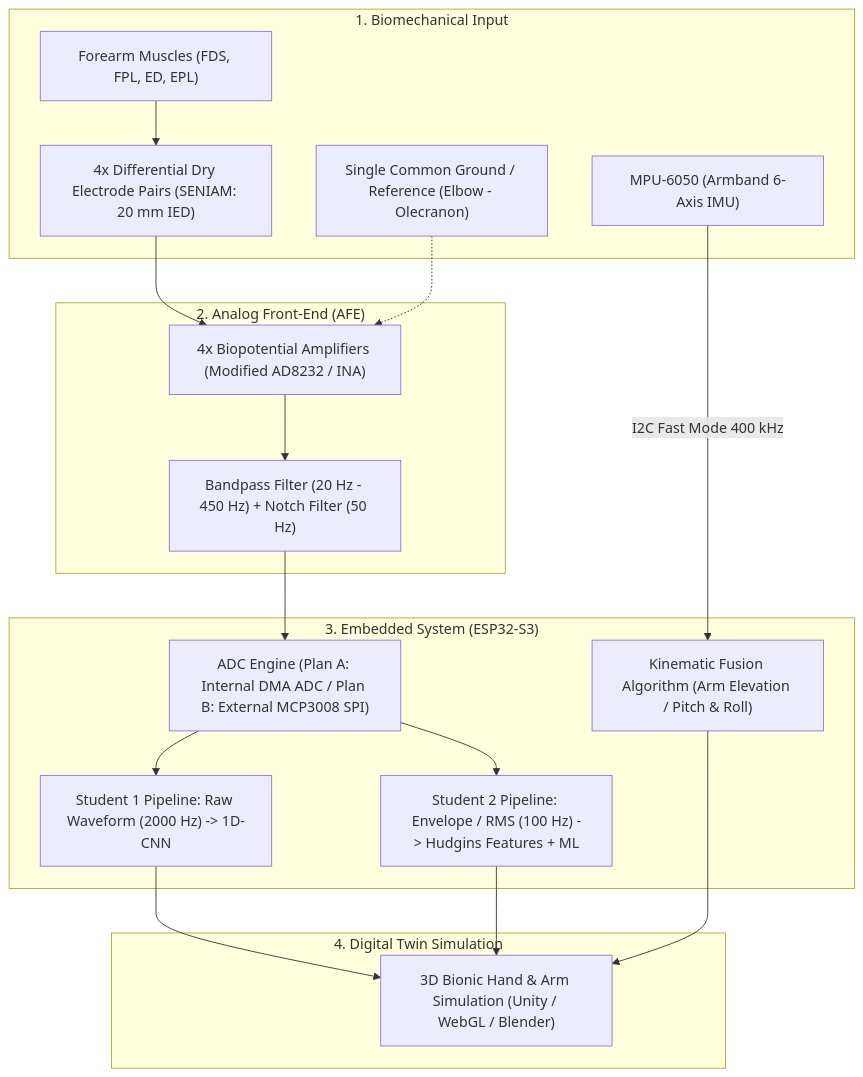
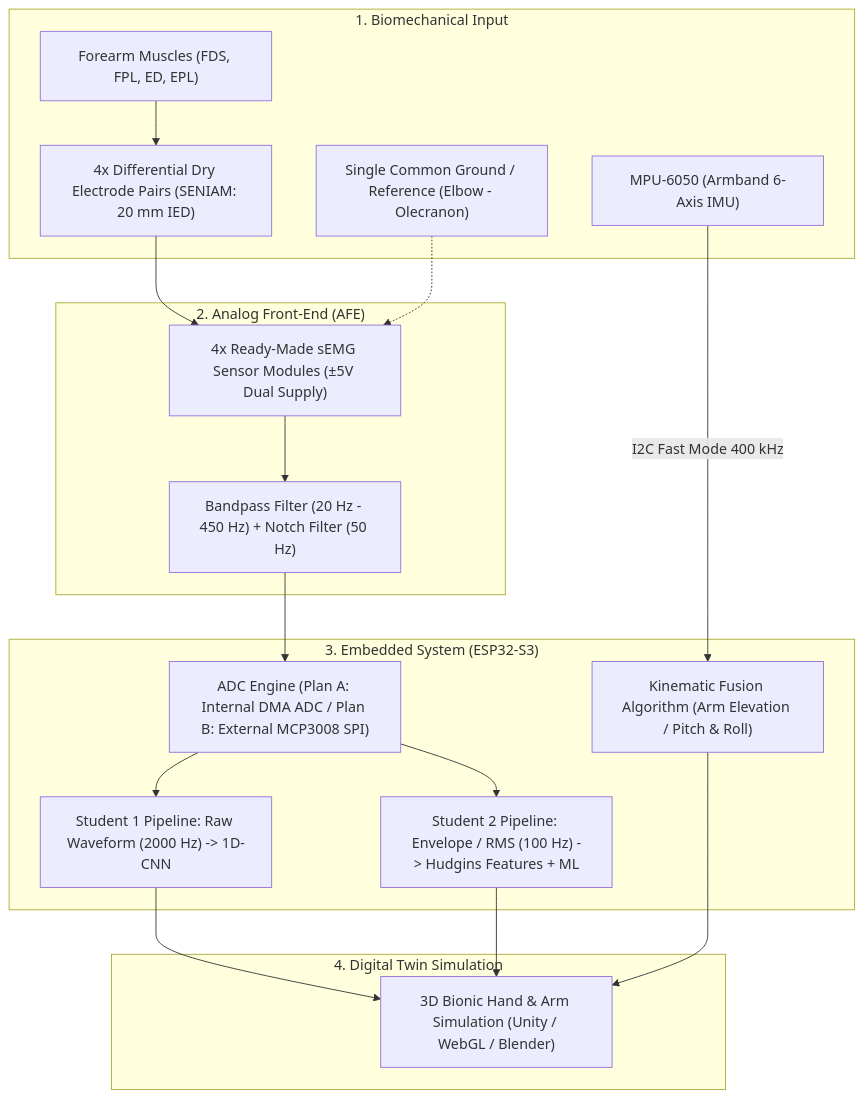
The diagram in README.md (nziyak/nuada-bionic-hand-tinyml), drawn with Mermaid before and after one commit. The commit also changed other lines of this file and 5 other files, not shown here.

First line of the commit message:
docs: switch to ready-made ±5V sEMG sensors and add ESP32 input protection

````diff
--- a/README.md
+++ b/README.md
@@ -35,37 +35,37 @@
 ```mermaid
 graph TD
     subgraph INPUT_STAGE ["1. Biomechanical Input"]
         MUSCLE["Forearm Muscles (FDS, FPL, ED, EPL)"]
         DRY["4x Differential Dry Electrode Pairs (SENIAM: 20 mm IED)"]
         REF["Single Common Ground / Reference (Elbow - Olecranon)"]
         IMU_CHIP["MPU-6050 (Armband 6-Axis IMU)"]
     end
 
     subgraph AFE_STAGE ["2. Analog Front-End (AFE)"]
-        AMP["4x Biopotential Amplifiers (Modified AD8232 / INA)"]
+        AMP["4x Ready-Made sEMG Sensor Modules (±5V Dual Supply)"]
         FILTER["Bandpass Filter (20 Hz - 450 Hz) + Notch Filter (50 Hz)"]
     end
 
     subgraph MCU_STAGE ["3. Embedded System (ESP32-S3)"]
         ADC_ENGINE["ADC Engine (Plan A: Internal DMA ADC / Plan B: External MCP3008 SPI)"]
         RAW_PIPE["Student 1 Pipeline: Raw Waveform (2000 Hz) -> 1D-CNN"]
         DSP_PIPE["Student 2 Pipeline: Envelope / RMS (100 Hz) -> Hudgins Features + ML"]
         IMU_FUSION["Kinematic Fusion Algorithm (Arm Elevation / Pitch & Roll)"]
     end
 
     subgraph OUTPUT_STAGE ["4. Digital Twin Simulation"]
         SIM["3D Bionic Hand & Arm Simulation (Unity / WebGL / Blender)"]
     end
 
     MUSCLE --> DRY
     DRY --> AMP
     REF -.-> AMP
     AMP --> FILTER
     FILTER --> ADC_ENGINE
     IMU_CHIP -->|I2C Fast Mode 400 kHz| IMU_FUSION
     ADC_ENGINE --> RAW_PIPE
     ADC_ENGINE --> DSP_PIPE
     RAW_PIPE --> SIM
     DSP_PIPE --> SIM
     IMU_FUSION --> SIM
 ```
````
